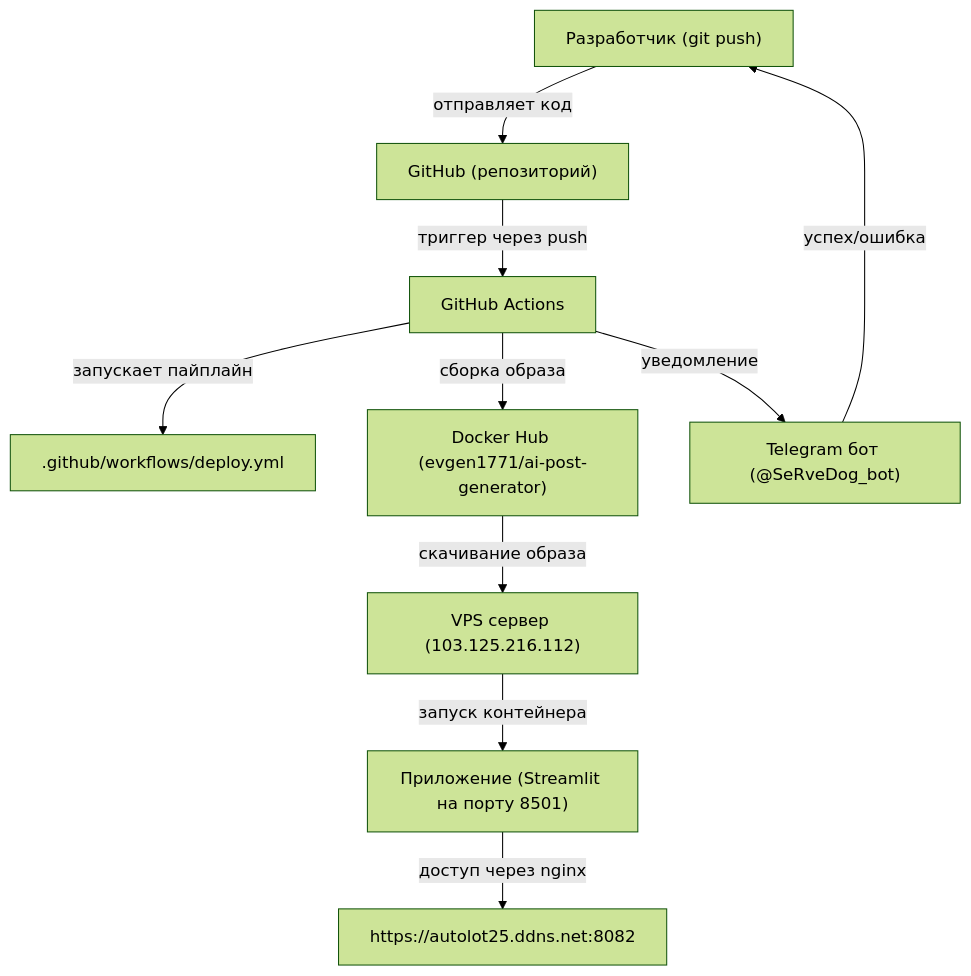
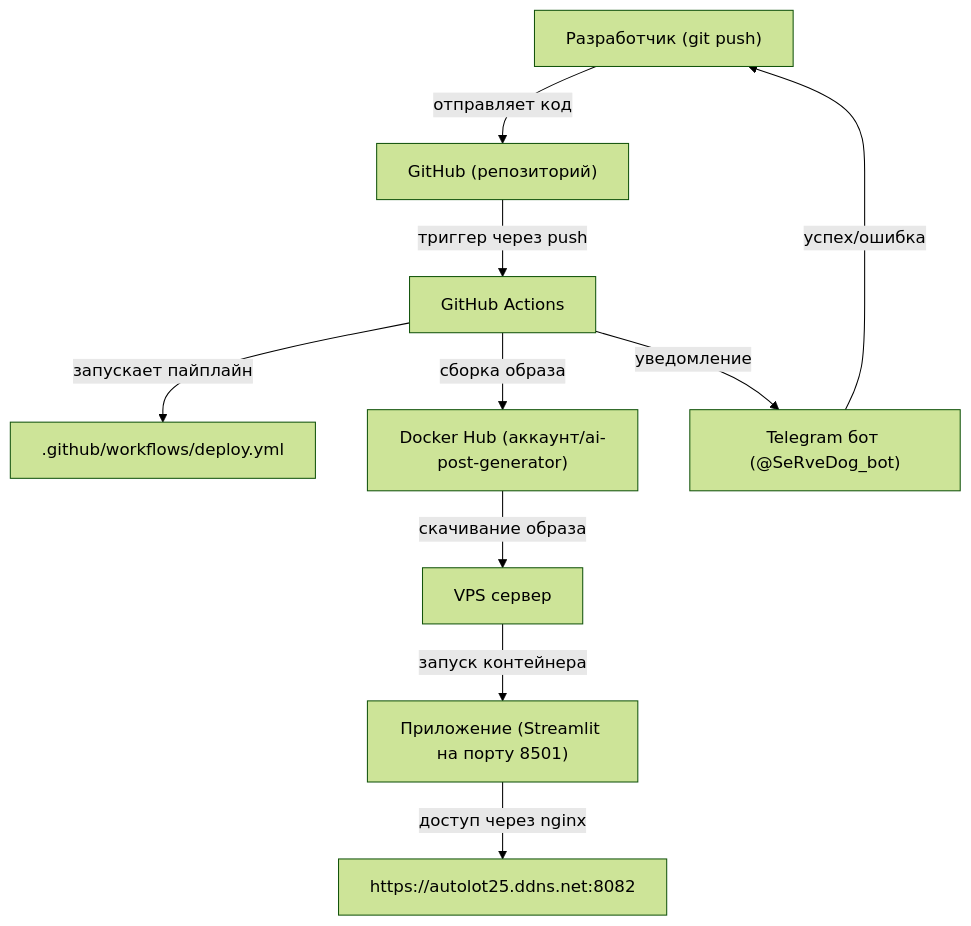
The diagram in README.md (Evgen242/ai-post-generator), drawn with Mermaid (forest theme) before and after one commit. The commit also changed other lines of this file, not shown here.

````diff
--- a/README.md
+++ b/README.md
@@ -3,13 +3,13 @@
 ```mermaid
 graph TD
     A["Разработчик (git push)"] -->|отправляет код| B["GitHub (репозиторий)"]
     B -->|триггер через push| C["GitHub Actions"]
     C -->|запускает пайплайн| D[".github/workflows/deploy.yml"]
-    C -->|сборка образа| E["Docker Hub (evgen1771/ai-post-generator)"]
-    E -->|скачивание образа| F["VPS сервер (103.125.216.112)"]
+    C -->|сборка образа| E["Docker Hub (аккаунт/ai-post-generator)"]
+    E -->|скачивание образа| F["VPS сервер "]
     F -->|запуск контейнера| G["Приложение (Streamlit на порту 8501)"]
     G -->|доступ через nginx| H["https://autolot25.ddns.net:8082"]
 
     C -->|уведомление| I["Telegram бот (@SeRveDog_bot)"]
     I -->|успех/ошибка| A
 ```
````
